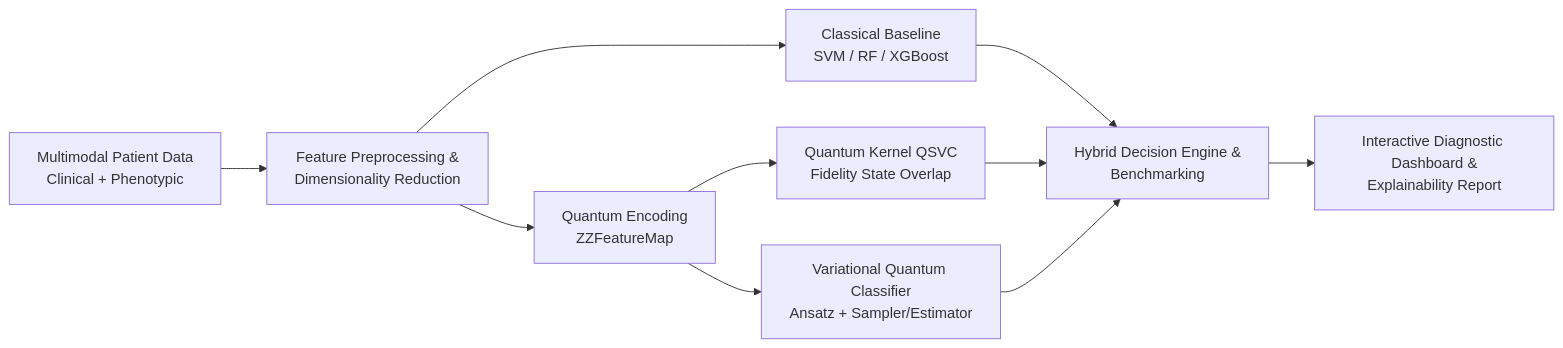
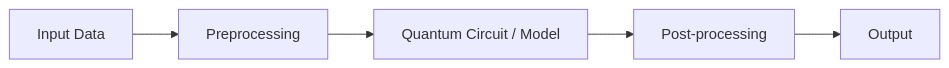
One commit to mallikarjunr444-gif/vtu-hc-q-glitch changed the diagram in README.md. Above: the diagram before and after it, drawn with Mermaid. The commit also changed other lines of this file, not shown here.

````diff
--- a/README.md
+++ b/README.md
@@ -161,12 +98,7 @@
 ```mermaid
 flowchart LR
-    A[Multimodal Patient Data<br/>Clinical + Phenotypic] --> B[Feature Preprocessing &<br/>Dimensionality Reduction]
-    B --> C1[Classical Baseline<br/>SVM / RF / XGBoost]
-    B --> C2[Quantum Encoding<br/>ZZFeatureMap]
-    C2 --> D1[Quantum Kernel QSVC<br/>Fidelity State Overlap]
-    C2 --> D2[Variational Quantum Classifier<br/>Ansatz + Sampler/Estimator]
-    C1 --> E[Hybrid Decision Engine &<br/>Benchmarking]
-    D1 --> E
-    D2 --> E
-    E --> F[Interactive Diagnostic Dashboard &<br/>Explainability Report]
+    A[Input Data] --> B[Preprocessing]
+    B --> C[Quantum Circuit / Model]
+    C --> D[Post-processing]
+    D --> E[Output]
 ```
````
